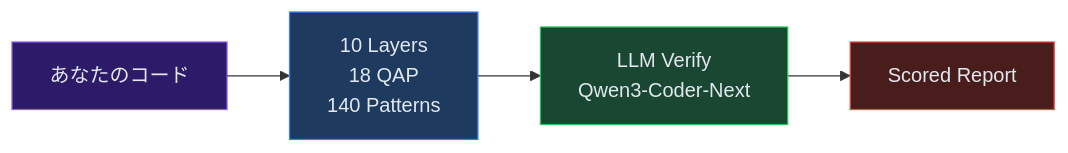
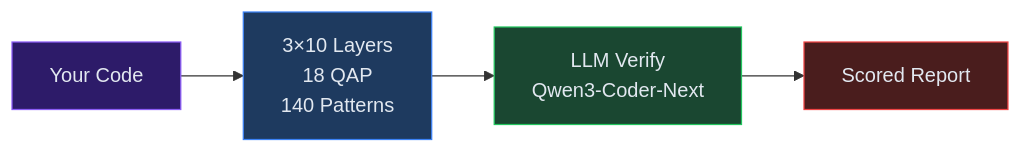
One commit to ohyesiamy/web-anomaly-detector changed the first of 5 diagrams in README.md. Above: the diagram before and after it, drawn with Mermaid. The commit also changed other lines of this file, not shown here.

````diff
--- a/README.md
+++ b/README.md
@@ -17,11 +23,11 @@
 ```mermaid
 graph LR
-    A["あなたのコード"] --> B["10 Layers\n18 QAP\n140 Patterns"]
+    A["Your Code"] --> B["3×10 Layers\n18 QAP\n140 Patterns"]
     B --> C["LLM Verify\nQwen3-Coder-Next"]
     C --> D["Scored Report"]
 
     style A fill:#2d1b69,stroke:#8b5cf6,color:#e2e8f0
     style B fill:#1e3a5f,stroke:#3b82f6,color:#e2e8f0
     style C fill:#1a4731,stroke:#22c55e,color:#e2e8f0
     style D fill:#4a1d1d,stroke:#ef4444,color:#e2e8f0
 ```
````
